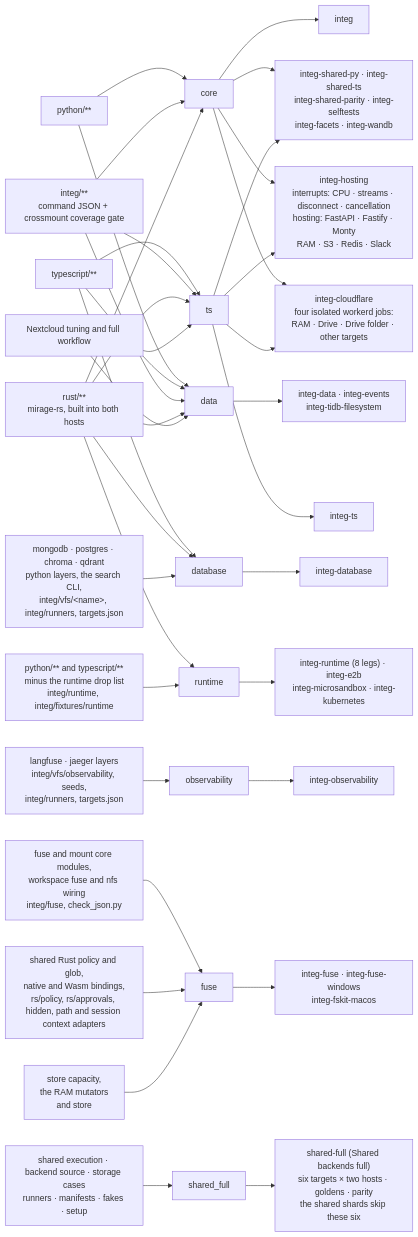
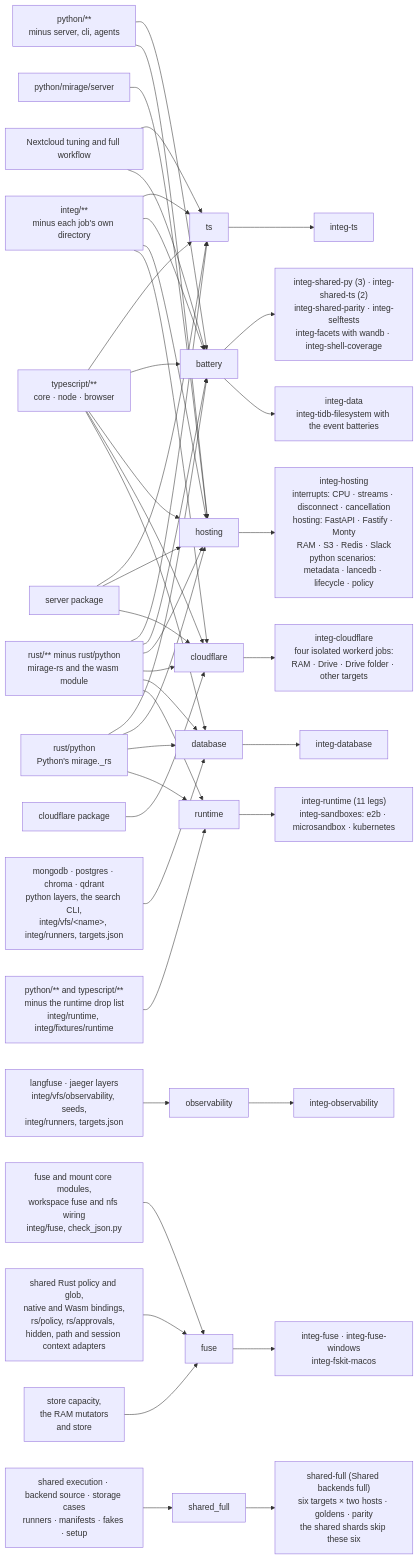
The diagram in integ/README.md (strukto-ai/mirage), drawn with Mermaid before and after one commit. The commit also changed other lines of this file and 4 other files, not shown here.

First line of the commit message:
ci: select integ jobs by what they load, and fold six small jobs

````diff
--- a/integ/README.md
+++ b/integ/README.md
@@ -426,25 +440,28 @@
 ```mermaid
 flowchart LR
-    PY["python/**"] --> core & data
-    TSX["typescript/**"] --> ts & data & database
-    IN["integ/**<br/>command JSON + crossmount coverage gate"] --> core & ts & data
-    RS["rust/**<br/>mirage-rs, built into both hosts"] --> core & ts & data & database & runtime
+    PY["python/**<br/>minus server, cli, agents"] --> battery & hosting
+    SRV["python/mirage/server"] --> hosting
+    TSX["typescript/**<br/>core · node · browser"] --> ts & battery & hosting & cloudflare & database
+    SRVTS["server package"] --> ts & hosting & cloudflare
+    CFP["cloudflare package"] --> cloudflare
+    IN["integ/**<br/>minus each job's own directory"] --> ts & battery & hosting & cloudflare
+    RS["rust/** minus rust/python<br/>mirage-rs and the wasm module"] --> ts & battery & hosting & cloudflare & database & runtime
+    RSP["rust/python<br/>Python's mirage._rs"] --> battery & hosting & database & runtime
     DB["mongodb · postgres · chroma · qdrant<br/>python layers, the search CLI,<br/>integ/vfs/&lt;name&gt;, integ/runners, targets.json"] --> database
     OB["langfuse · jaeger layers<br/>integ/vfs/observability, seeds,<br/>integ/runners, targets.json"] --> observability
     FS["fuse and mount core modules,<br/>workspace fuse and nfs wiring<br/>integ/fuse, check_json.py"] --> fuse
     FP["shared Rust policy and glob,<br/>native and Wasm bindings,<br/>rs/policy, rs/approvals, hidden, path and session context adapters"] --> fuse
     CA["store capacity,<br/>the RAM mutators<br/>and store"] --> fuse
     RT["python/** and typescript/**<br/>minus the runtime drop list<br/>integ/runtime, integ/fixtures/runtime"] --> runtime
-    core --> J1["integ"]
     ts --> J2["integ-ts"]
-    core & ts --> J3["integ-shared-py · integ-shared-ts<br/>integ-shared-parity · integ-selftests<br/>integ-facets · integ-wandb"]
-    core & ts --> HOST["integ-hosting<br/>interrupts: CPU · streams · disconnect · cancellation<br/>hosting: FastAPI · Fastify · Monty<br/>RAM · S3 · Redis · Slack"]
-    core & ts --> CLOUDFLARE["integ-cloudflare<br/>four isolated workerd jobs:<br/>RAM · Drive · Drive folder · other targets"]
-    NC["Nextcloud tuning and full workflow"] --> ts & data
+    battery --> J3["integ-shared-py (3) · integ-shared-ts (2)<br/>integ-shared-parity · integ-selftests<br/>integ-facets with wandb · integ-shell-coverage"]
+    hosting --> HOST["integ-hosting<br/>interrupts: CPU · streams · disconnect · cancellation<br/>hosting: FastAPI · Fastify · Monty<br/>RAM · S3 · Redis · Slack<br/>python scenarios: metadata · lancedb · lifecycle · policy"]
+    cloudflare --> CLOUDFLARE["integ-cloudflare<br/>four isolated workerd jobs:<br/>RAM · Drive · Drive folder · other targets"]
+    NC["Nextcloud tuning and full workflow"] --> ts & battery
     SF["shared execution · backend source · storage cases<br/>runners · manifests · fakes · setup"] --> shared_full --> FULL["shared-full (Shared backends full)<br/>six targets × two hosts · goldens · parity<br/>the shared shards skip these six"]
-    data --> J4["integ-data · integ-events<br/>integ-tidb-filesystem"]
+    battery --> J4["integ-data<br/>integ-tidb-filesystem with the event batteries"]
     database --> J5["integ-database"]
     observability --> J6["integ-observability"]
     fuse --> J7["integ-fuse · integ-fuse-windows<br/>integ-fskit-macos"]
-    runtime --> J8["integ-runtime (8 legs) · integ-e2b<br/>integ-microsandbox · integ-kubernetes"]
+    runtime --> J8["integ-runtime (11 legs)<br/>integ-sandboxes: e2b · microsandbox · kubernetes"]
 ```
````
